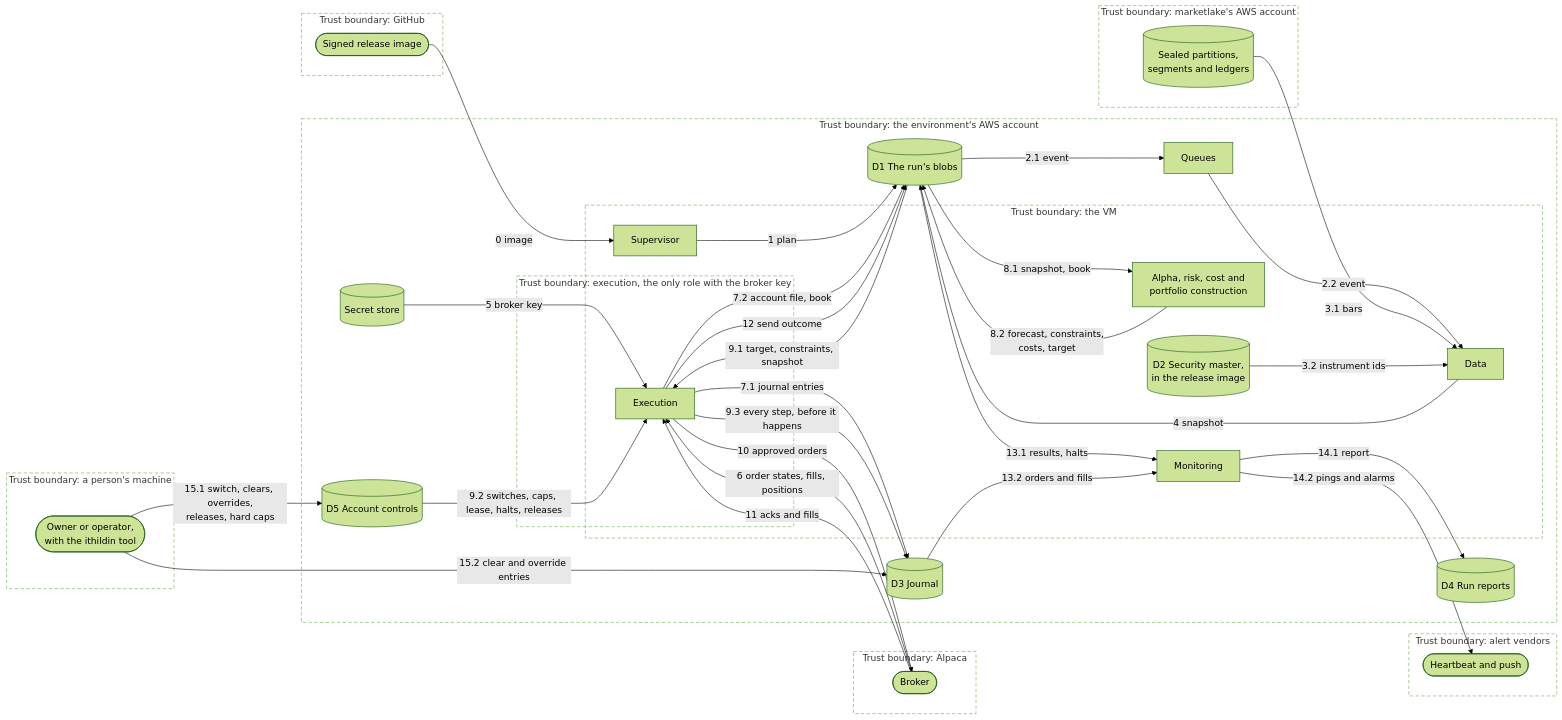
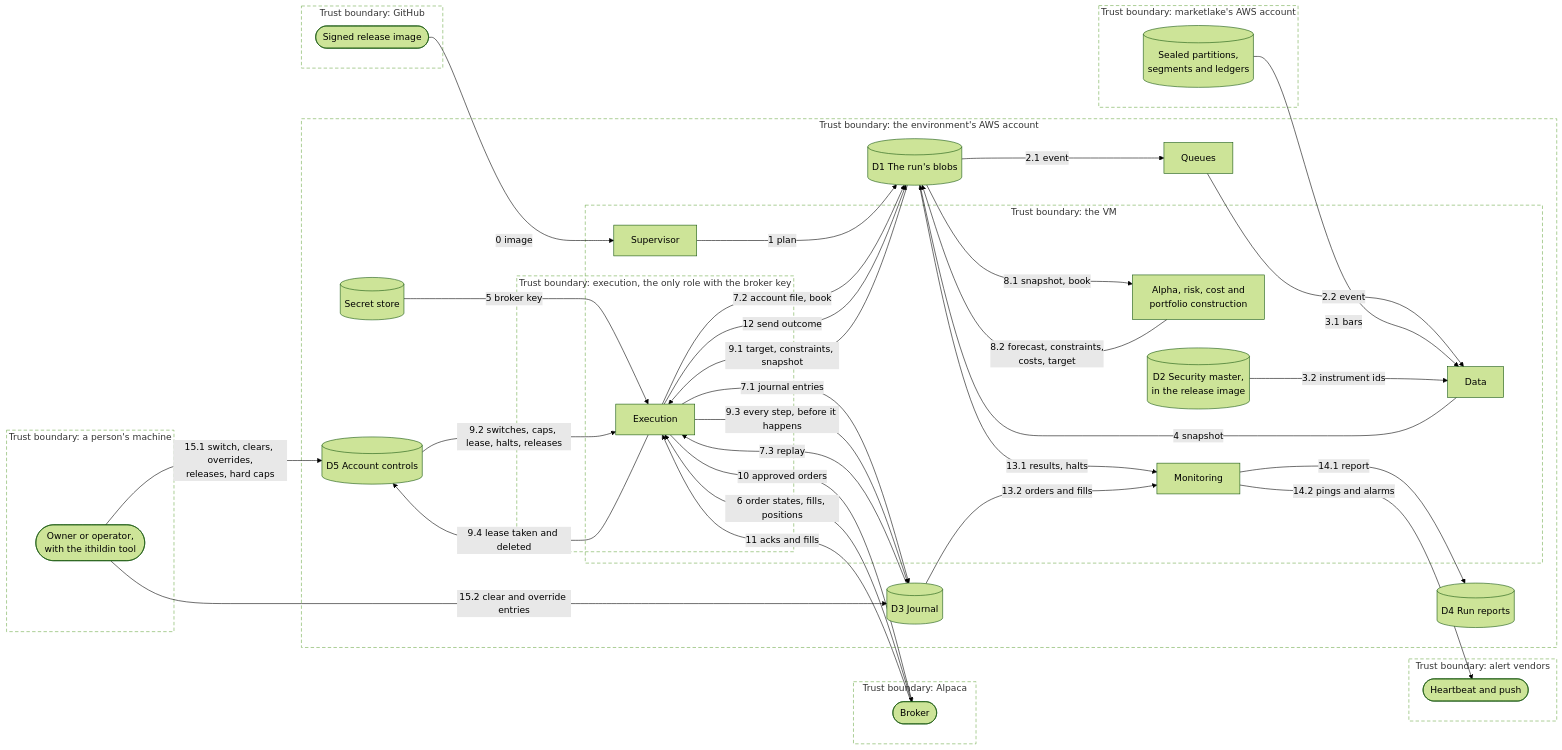
One commit to l3a0/ithildin-runtime changed diagram 12 of 33 in docs/architecture.md. Above: the diagram before and after it, drawn with Mermaid (forest theme). The commit also changed other lines of this file and 2 other files, not shown here.

````diff
--- a/docs/architecture.md
+++ b/docs/architecture.md
@@ -674,65 +680,67 @@
 ```mermaid
 flowchart LR
     subgraph tb_person["Trust boundary: a person's machine"]
         person(["Owner or operator,<br/>with the ithildin tool"])
     end
     subgraph tb_github["Trust boundary: GitHub"]
         registry(["Signed release image"])
     end
     subgraph tb_marketlake["Trust boundary: marketlake's AWS account"]
         lake[("Sealed partitions,<br/>segments and ledgers")]
     end
     subgraph tb_broker["Trust boundary: Alpaca"]
         brokerx(["Broker"])
     end
     subgraph tb_alert["Trust boundary: alert vendors"]
         alert(["Heartbeat and push"])
     end
     subgraph tb_account["Trust boundary: the environment's AWS account"]
         subgraph tb_vm["Trust boundary: the VM"]
             sup["Supervisor"]
             data["Data"]
             models["Alpha, risk, cost and<br/>portfolio construction"]
             mon["Monitoring"]
             d2[("D2 Security master,<br/>in the release image")]
             subgraph tb_exec["Trust boundary: execution, the only role with the broker key"]
                 exec["Execution"]
             end
         end
         queue["Queues"]
         secret[("Secret store")]
         d1[("D1 The run's blobs")]
         d3[("D3 Journal")]
         d4[("D4 Run reports")]
         d5[("D5 Account controls")]
     end
 
     registry -->|"0 image"| sup
     sup -->|"1 plan"| d1
     d1 -->|"2.1 event"| queue
     queue -->|"2.2 event"| data
     lake -->|"3.1 bars"| data
     d2 -->|"3.2 instrument ids"| data
     data -->|"4 snapshot"| d1
     secret -->|"5 broker key"| exec
     brokerx -->|"6 order states, fills, positions"| exec
     exec -->|"7.1 journal entries"| d3
     exec -->|"7.2 account file, book"| d1
+    d3 -->|"7.3 replay"| exec
     d1 -->|"8.1 snapshot, book"| models
     models -->|"8.2 forecast, constraints,<br/>costs, target"| d1
     d1 -->|"9.1 target, constraints, snapshot"| exec
     d5 -->|"9.2 switches, caps, lease, halts, releases"| exec
     exec -->|"9.3 every step, before it happens"| d3
+    exec -->|"9.4 lease taken and deleted"| d5
     exec -->|"10 approved orders"| brokerx
     brokerx -->|"11 acks and fills"| exec
     exec -->|"12 send outcome"| d1
     d1 -->|"13.1 results, halts"| mon
     d3 -->|"13.2 orders and fills"| mon
     mon -->|"14.1 report"| d4
     mon -->|"14.2 pings and alarms"| alert
     person -->|"15.1 switch, clears, overrides,<br/>releases, hard caps"| d5
     person -->|"15.2 clear and override entries"| d3
 
     classDef boundary fill:none,stroke-dasharray:6 4
     class tb_person,tb_github,tb_marketlake,tb_broker,tb_alert,tb_account,tb_vm,tb_exec boundary
 ```
````
